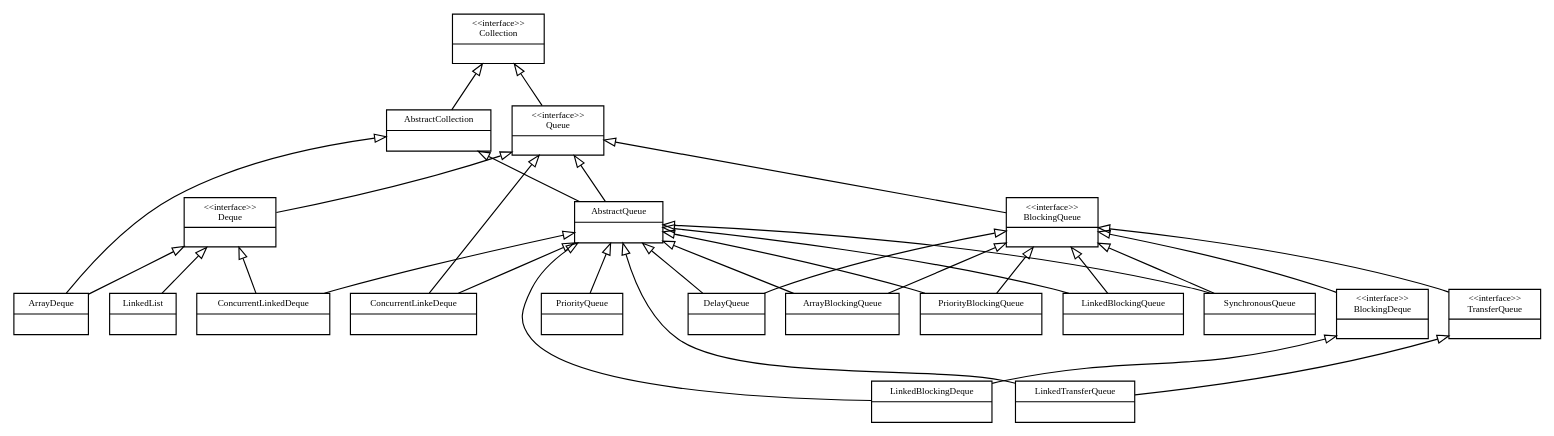
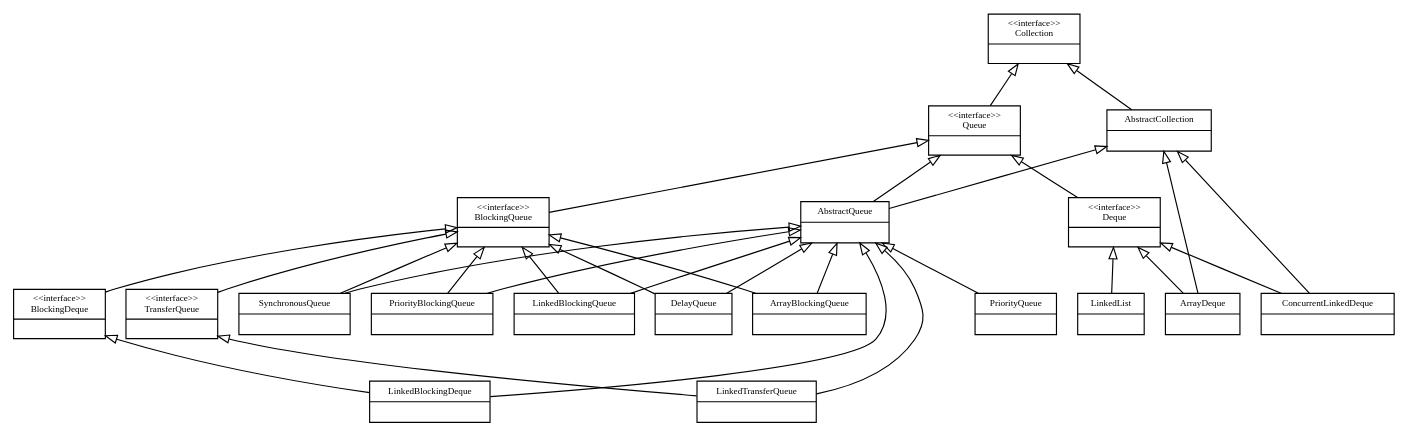
The diagram in java.util.Queue/queue.dot (StephanPraetsch/Datenstrukturen), drawn with Graphviz before and after one commit.

```diff
--- a/java.util.Queue/queue.dot
+++ b/java.util.Queue/queue.dot
@@ -1,151 +1,145 @@
 digraph Queue {
 fontname = "Bitstream Vera Sans"
 fontsize = 8
 
 node [
 fontname = "Bitstream Vera Sans"
 fontsize = 8
 shape = "record"
 ]
 
 edge [
 arrowtail = "empty"
 ]
 
 //interfaces
 Collection [
 label = "{\<\<interface\>\>\nCollection|\l}"
 ]
 
 Queue [
 label = "{\<\<interface\>\>\nQueue|\l}"
 ]
 
 BlockingQueue [
 label = "{\<\<interface\>\>\nBlockingQueue|\l}"
 ]
 
 BlockingDeque [
 label = "{\<\<interface\>\>\nBlockingDeque|\l}"
 ]
 
 TransferQueue [
 label = "{\<\<interface\>\>\nTransferQueue|\l}"
 ]
 
 Deque [
 label = "{\<\<interface\>\>\nDeque|\l}"
 ]
 
 //abstracts
 
 AbstractCollection [
 label = "{AbstractCollection|\l}"
 ]
 
 AbstractQueue [
 label = "{AbstractQueue|\l}"
 ]
 
 
 //implementations
 
 SynchronousQueue [
 label = "{SynchronousQueue|\l}"
 ]
 
 PriorityBlockingQueue [
 label = "{PriorityBlockingQueue|\l}"
 ]
 
 PriorityQueue [
 label = "{PriorityQueue|\l}"
 ]
 
 LinkedBlockingQueue [
 label = "{LinkedBlockingQueue|\l}"
 ]
 
 LinkedTransferQueue [
 label = "{LinkedTransferQueue|\l}"
 ]
 
 LinkedList [
 label = "{LinkedList|\l}"
 ]
 
-ConcurrentLinkeDeque [
-label = "{ConcurrentLinkeDeque|\l}"
-]
 
 DelayQueue [
 label = "{DelayQueue|\l}"
 ]
 
 LinkedBlockingDeque [
 label = "{LinkedBlockingDeque|\l}"
 ]
 
 ConcurrentLinkedDeque [
 label = "{ConcurrentLinkedDeque|\l}"
 ]
 
 ArrayDeque [
 label = "{ArrayDeque|\l}"
 ]
 
 ArrayBlockingQueue [
 label = "{ArrayBlockingQueue|\l}"
 ]
 
 Collection -> Queue [dir=back]
 Collection -> AbstractCollection[dir=back]
 
 AbstractCollection -> AbstractQueue[dir=back]
 
 //Relations
 Queue -> AbstractQueue [dir=back]
 Queue -> BlockingQueue[dir=back]
 
 Queue -> Deque [dir=back]
 
 BlockingQueue -> BlockingDeque [dir=back]
 BlockingQueue -> TransferQueue [dir=back]
 
 BlockingQueue -> SynchronousQueue [dir=back]
 AbstractQueue -> SynchronousQueue [dir=back]
 
 BlockingQueue -> PriorityBlockingQueue [dir=back]
 AbstractQueue -> PriorityBlockingQueue [dir=back]
 
 BlockingQueue -> ArrayBlockingQueue [dir=back]
 AbstractQueue -> ArrayBlockingQueue [dir=back]
 
 BlockingQueue -> DelayQueue [dir=back]
 AbstractQueue -> DelayQueue [dir=back]
 
 BlockingQueue -> LinkedBlockingQueue [dir=back]
 AbstractQueue -> LinkedBlockingQueue [dir=back]
 
 AbstractQueue -> LinkedBlockingDeque [dir=back]
 BlockingDeque -> LinkedBlockingDeque [dir=back]
 
 AbstractQueue -> LinkedTransferQueue [dir=back]
 TransferQueue -> LinkedTransferQueue [dir=back]
 
-AbstractQueue -> ConcurrentLinkeDeque [dir=back]
-Queue -> ConcurrentLinkeDeque [dir=back]
-
-AbstractQueue -> ConcurrentLinkedDeque [dir=back]
+AbstractCollection -> ConcurrentLinkedDeque [dir=back]
 Deque -> ConcurrentLinkedDeque [dir=back]
 
 AbstractQueue -> PriorityQueue [dir=back]
 
 Deque -> LinkedList [dir=back]
 
 AbstractCollection -> ArrayDeque [dir=back]
 Deque -> ArrayDeque [dir=back]
 }
 //packages?
 //wichtigsten Methonde der Interfaces
 //Verbingung zu AbstractQ entfernen? LinkedList Extended nicht 
```
